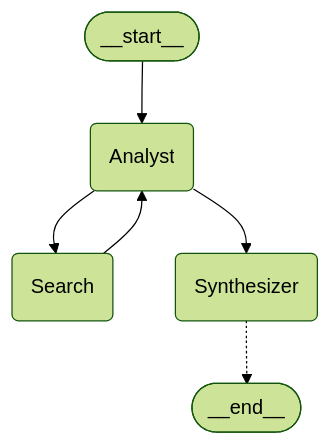
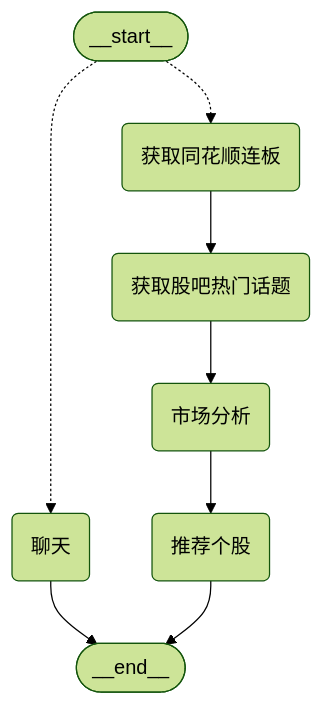
The diagram in README.md (RipperTs/cnStockAITrader), drawn with Mermaid (forest theme) before and after one commit. The commit also changed other lines of this file, not shown here.

````diff
--- a/README.md
+++ b/README.md
@@ -7,13 +6,17 @@
 ```mermaid
 graph TD;
-	__start__([__start__]):::first
-	plan_agent(Analyst)
-	Search(Search)
-	Synthesizer(Synthesizer)
-	__end__([__end__]):::last
-	__start__ --> plan_agent;
-	plan_agent --> Search;
-	Search --> plan_agent;
-	plan_agent --> Synthesizer;
-	Synthesizer -.-> __end__;	
+        __start__([<p>__start__</p>]):::first
+        fetchDataNode(获取同花顺连板)
+        fetchNewsNode(获取股吧热门话题)
+        reviewNode(市场分析)
+        recommendNode(推荐个股)
+        chatNode(聊天)
+        __end__([<p>__end__</p>]):::last
+        chatNode --> __end__;
+        fetchDataNode --> fetchNewsNode;
+        fetchNewsNode --> reviewNode;
+        recommendNode --> __end__;
+        reviewNode --> recommendNode;
+        __start__ -.-> fetchDataNode;
+        __start__ -.-> chatNode;
 ```
````
